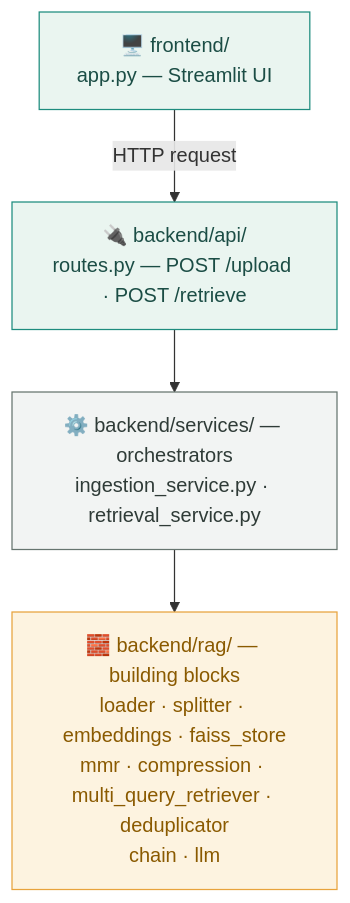
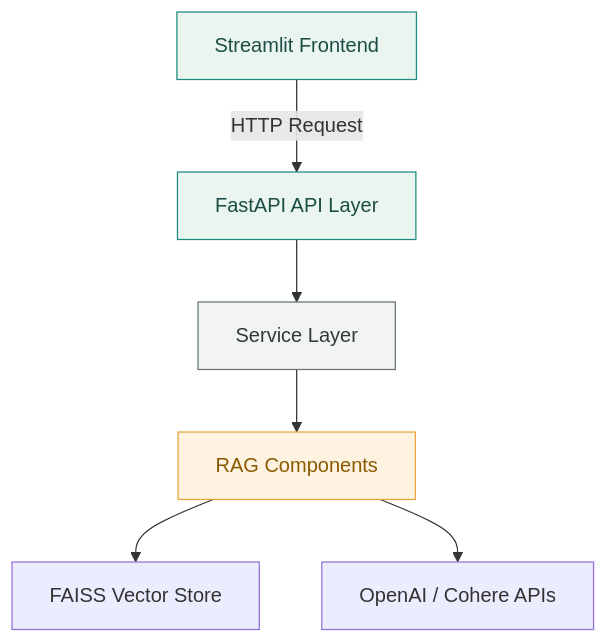
One commit to venkatarachanta-create/Multi-Doc-Assist changed the first of 5 diagrams in Live/Production_files/README.md. Above: the diagram before and after it, drawn with Mermaid. The commit also changed other lines of this file and 1 other file, not shown here.

````diff
--- a/Live/Production_files/README.md
+++ b/Live/Production_files/README.md
@@ -25,14 +123,20 @@
 ```mermaid
 flowchart TD
-    A["🖥️ frontend/<br/>app.py — Streamlit UI"]
-    B["🔌 backend/api/<br/>routes.py — POST /upload · POST /retrieve"]
-    C["⚙️ backend/services/ — orchestrators<br/>ingestion_service.py · retrieval_service.py"]
-    D["🧱 backend/rag/ — building blocks<br/>loader · splitter · embeddings · faiss_store<br/>mmr · compression · multi_query_retriever · deduplicator<br/>chain · llm"]
+    A["Streamlit Frontend"]
+    B["FastAPI API Layer"]
+    C["Service Layer"]
+    D["RAG Components"]
+    E["FAISS Vector Store"]
+    F["OpenAI / Cohere APIs"]
 
-    A -->|HTTP request| B --> C --> D
+    A -->|HTTP Request| B
+    B --> C
+    C --> D
+    D --> E
+    D --> F
 
     style A fill:#EAF5F0,stroke:#1E8C7E,color:#1B4D45
     style B fill:#EAF5F0,stroke:#1E8C7E,color:#1B4D45
     style C fill:#F2F4F3,stroke:#66756F,color:#2F3B37
     style D fill:#FDF3E0,stroke:#E8A33D,color:#8A5A00
 ```
````
